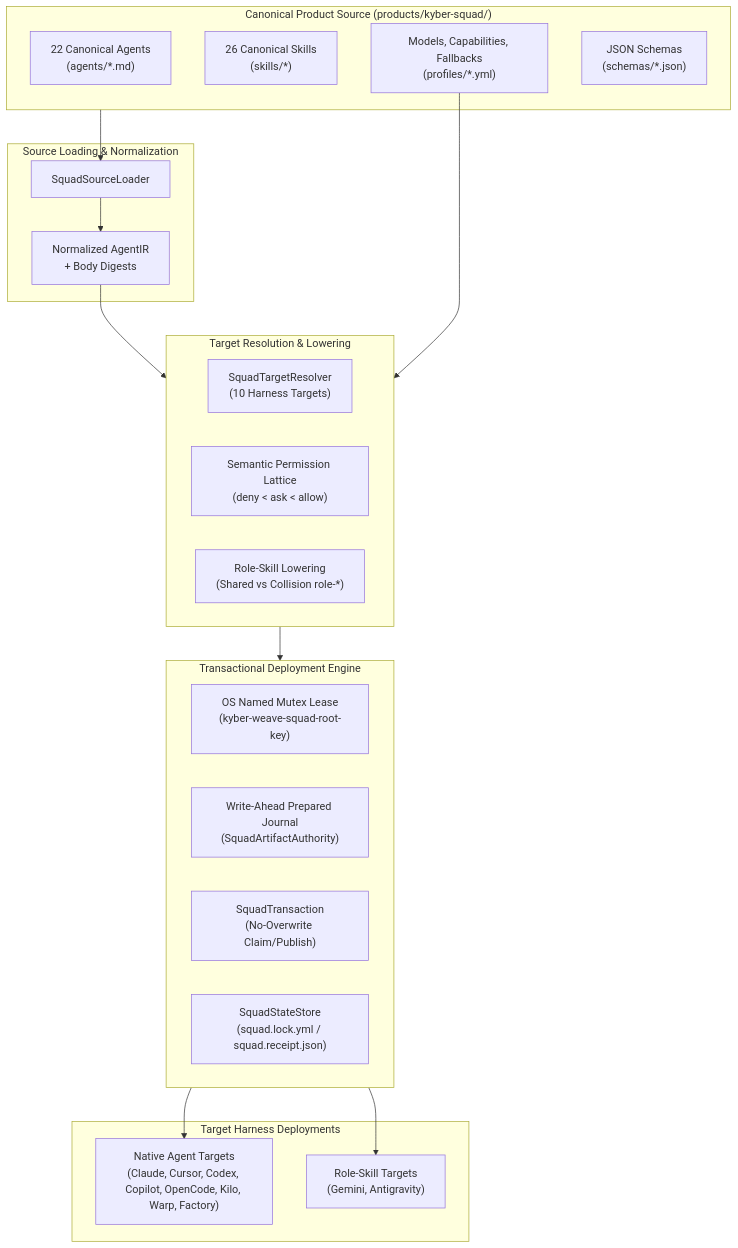
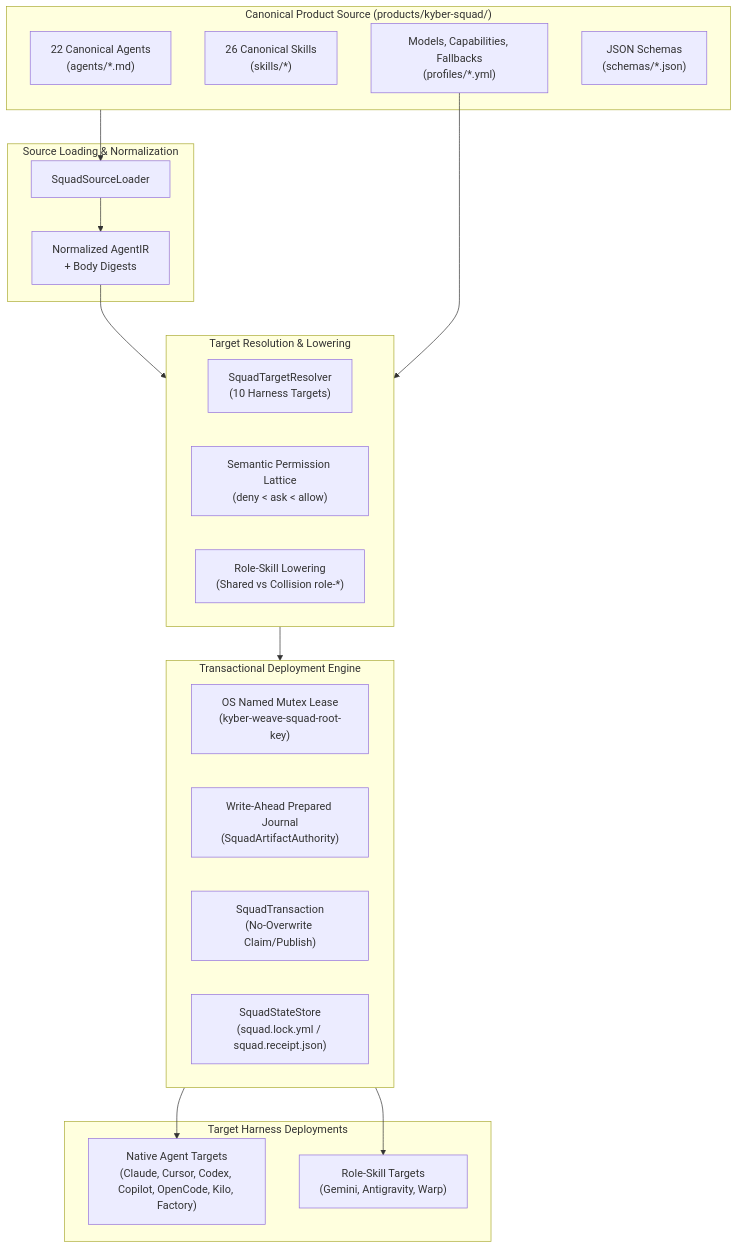
Before and after one commit to dpalfery/kyber-weave: the first of 4 diagrams in docs/kyber-squad/architecture.md, drawn with Mermaid. The commit also changed other lines of this file and 3 other files, not shown here.

Commit message:
docs(squad): align canonical skill count and warp classification

````diff
--- a/docs/kyber-squad/architecture.md
+++ b/docs/kyber-squad/architecture.md
@@ -33,40 +33,40 @@
 ```mermaid
 flowchart TD
     subgraph CanonicalSource["Canonical Product Source (products/kyber-squad/)"]
         Agents["22 Canonical Agents\n(agents/*.md)"]
         Skills["26 Canonical Skills\n(skills/*)"]
         Profiles["Models, Capabilities, Fallbacks\n(profiles/*.yml)"]
         Schemas["JSON Schemas\n(schemas/*.json)"]
     end
 
     subgraph Loader["Source Loading & Normalization"]
         SquadSourceLoader["SquadSourceLoader"]
         AgentIR["Normalized AgentIR\n+ Body Digests"]
     end
 
     subgraph Compiler["Target Resolution & Lowering"]
         SquadTargetResolver["SquadTargetResolver\n(10 Harness Targets)"]
         Lattice["Semantic Permission Lattice\n(deny < ask < allow)"]
         Lowering["Role-Skill Lowering\n(Shared vs Collision role-*)"]
     end
 
     subgraph DeploymentEngine["Transactional Deployment Engine"]
         Mutex["OS Named Mutex Lease\n(kyber-weave-squad-root-key)"]
         Journal["Write-Ahead Prepared Journal\n(SquadArtifactAuthority)"]
         Transaction["SquadTransaction\n(No-Overwrite Claim/Publish)"]
         StateStore["SquadStateStore\n(squad.lock.yml / squad.receipt.json)"]
     end
 
     subgraph TargetHarnesses["Target Harness Deployments"]
-        NativeTargets["Native Agent Targets\n(Claude, Cursor, Codex, Copilot, OpenCode, Kilo, Warp, Factory)"]
-        FallbackTargets["Role-Skill Targets\n(Gemini, Antigravity)"]
+        NativeTargets["Native Agent Targets\n(Claude, Cursor, Codex, Copilot, OpenCode, Kilo, Factory)"]
+        FallbackTargets["Role-Skill Targets\n(Gemini, Antigravity, Warp)"]
     end
 
     CanonicalSource --> SquadSourceLoader
     SquadSourceLoader --> AgentIR
     AgentIR --> Compiler
     Profiles --> Compiler
     Compiler --> DeploymentEngine
     DeploymentEngine --> NativeTargets
     DeploymentEngine --> FallbackTargets
 ```
````
